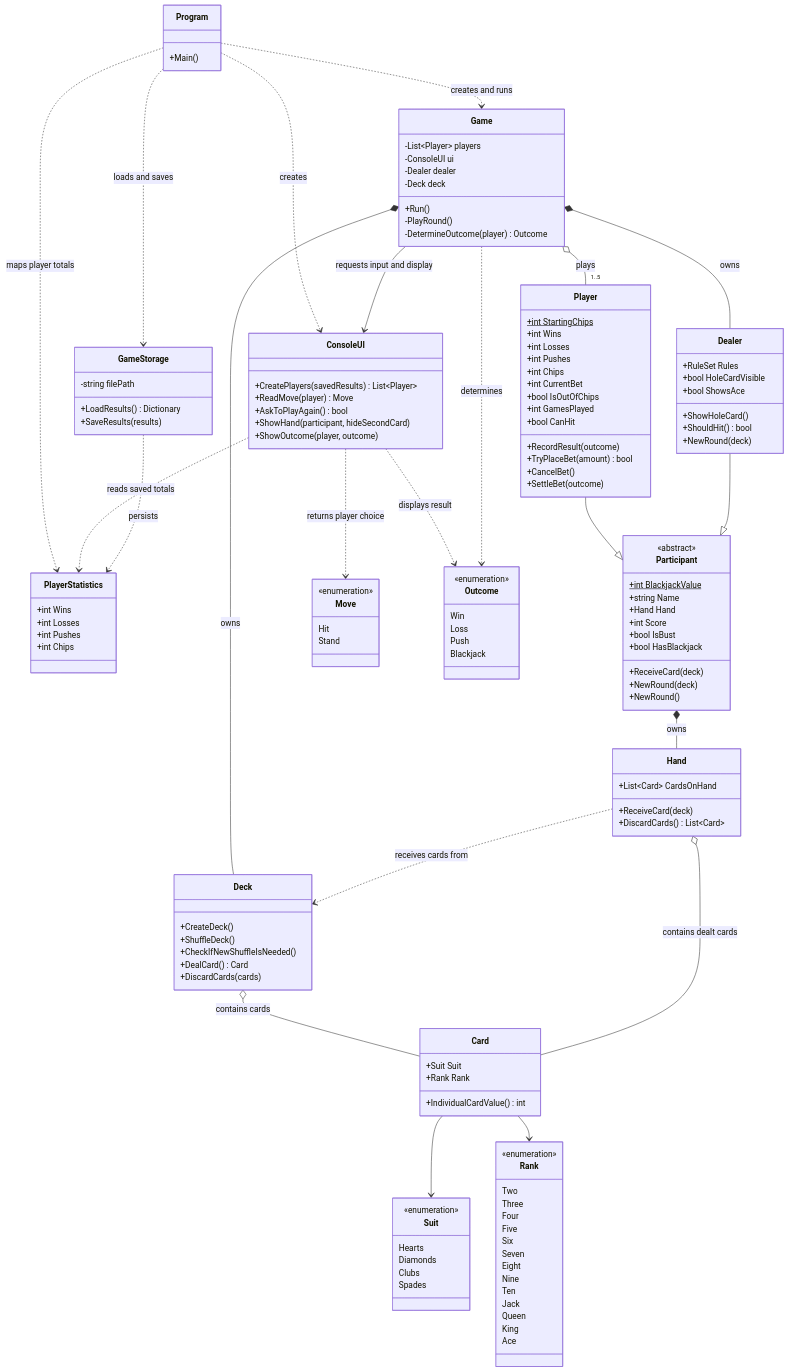
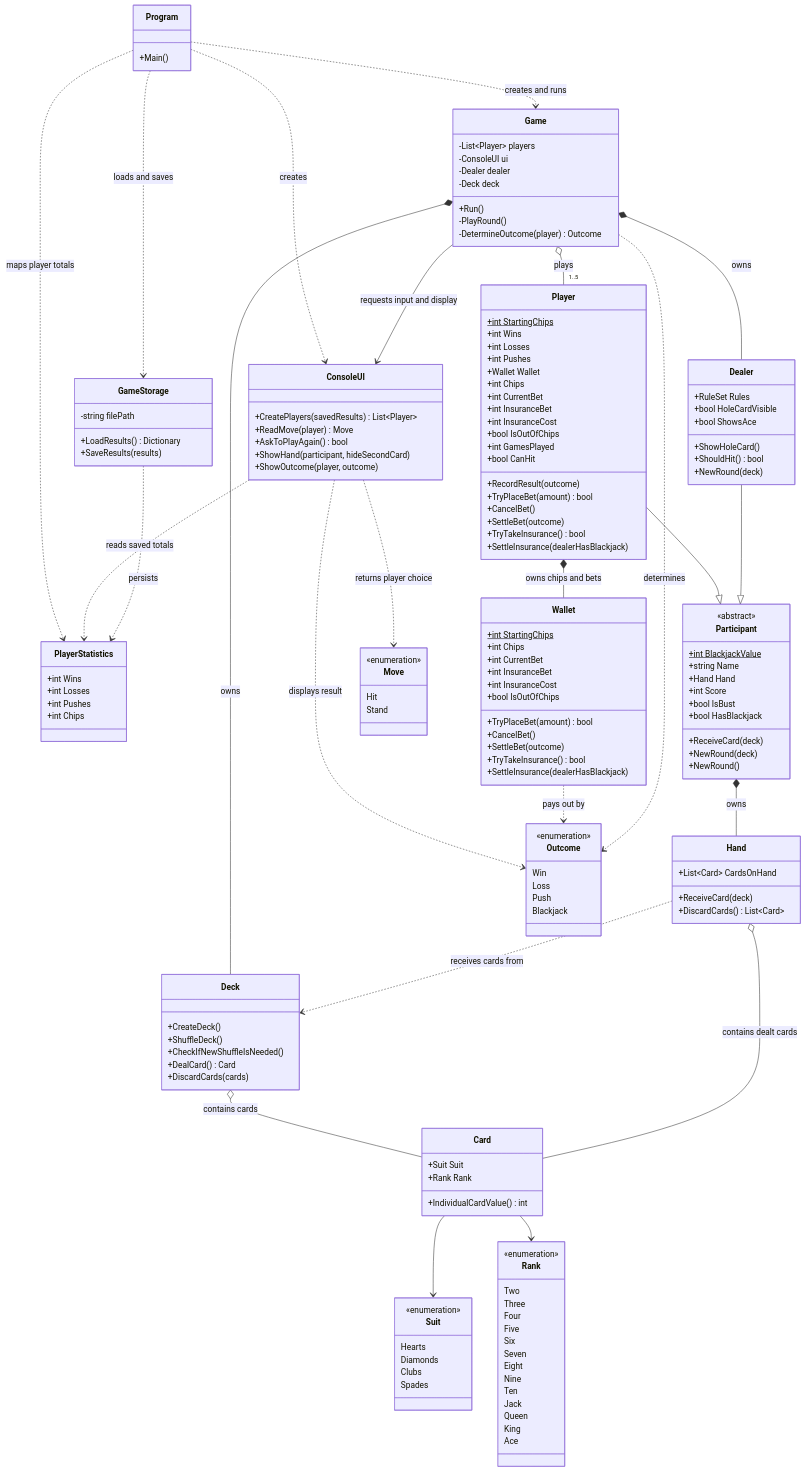
Before and after one commit to MalmoCodeLab/BlackJack-Console-Game: the diagram in Uml.md, drawn with Mermaid. The commit also changed other lines of this file and 2 other files, not shown here.

Commit message:
Added class Wallet to make the code easier to understand

```diff
--- a/Uml.md
+++ b/Uml.md
@@ -54,8 +54,11 @@
         +int Wins
         +int Losses
         +int Pushes
+        +Wallet Wallet
         +int Chips
         +int CurrentBet
+        +int InsuranceBet
+        +int InsuranceCost
         +bool IsOutOfChips
         +int GamesPlayed
         +bool CanHit
@@ -63,6 +66,21 @@
         +TryPlaceBet(amount) bool
         +CancelBet()
         +SettleBet(outcome)
+        +TryTakeInsurance() bool
+        +SettleInsurance(dealerHasBlackjack)
+    }
+    class Wallet {
+        +int StartingChips$
+        +int Chips
+        +int CurrentBet
+        +int InsuranceBet
+        +int InsuranceCost
+        +bool IsOutOfChips
+        +TryPlaceBet(amount) bool
+        +CancelBet()
+        +SettleBet(outcome)
+        +TryTakeInsurance() bool
+        +SettleInsurance(dealerHasBlackjack)
     }
     class Dealer {
         +RuleSet Rules
@@ -138,6 +156,8 @@
     Game *-- Deck : owns
     Player --|> Participant
     Dealer --|> Participant
+    Player *-- Wallet : owns chips and bets
+    Wallet ..> Outcome : pays out by
     Participant *-- Hand : owns
     Hand ..> Deck : receives cards from
     Deck o-- Card : contains cards
```
